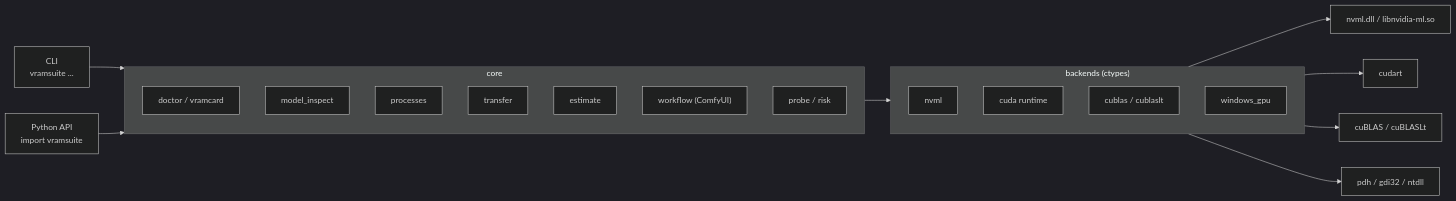
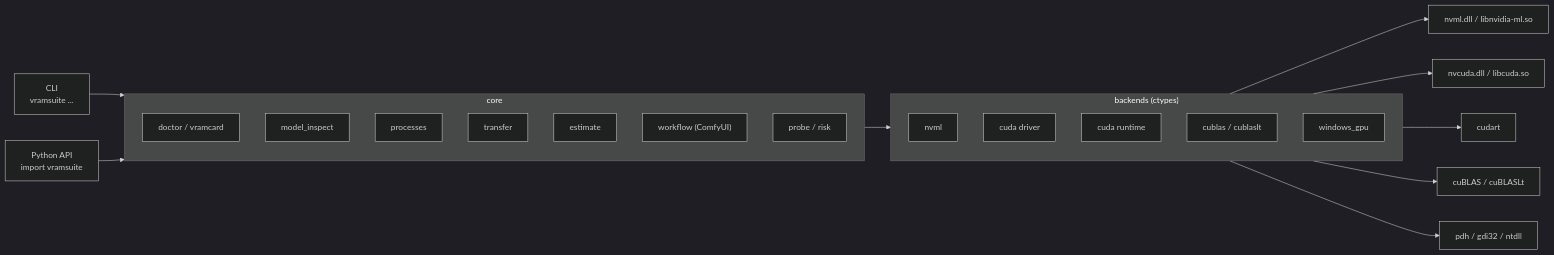
One commit to k1n0F/vramsuite changed the diagram in README.md. Above: the diagram before and after it, drawn with Mermaid (dark theme). The commit also changed other lines of this file and 7 other files, not shown here.

Commit message:
feat(backends): CUDA driver API backend; probe and transfers no longer need the CUDA Toolkit

````diff
--- a/README.md
+++ b/README.md
@@ -94,30 +94,32 @@
 ```mermaid
 flowchart LR
     CLI["CLI<br/>vramsuite ..."] --> CORE
     API["Python API<br/>import vramsuite"] --> CORE
 
     subgraph CORE["core"]
         direction TB
         doctor["doctor / vramcard"]
         inspect["model_inspect"]
         processes["processes"]
         transfer["transfer"]
         estimate["estimate"]
         workflow["workflow (ComfyUI)"]
         probe["probe / risk"]
     end
 
     subgraph BACKENDS["backends (ctypes)"]
         direction TB
         nvml["nvml"]
+        driver["cuda driver"]
         cuda["cuda runtime"]
         blas["cublas / cublaslt"]
         win["windows_gpu"]
     end
 
     CORE --> BACKENDS
     nvml --> NV["nvml.dll / libnvidia-ml.so"]
+    driver --> DRV["nvcuda.dll / libcuda.so"]
     cuda --> RT["cudart"]
     blas --> BL["cuBLAS / cuBLASLt"]
     win --> OS["pdh / gdi32 / ntdll"]
 ```
````
